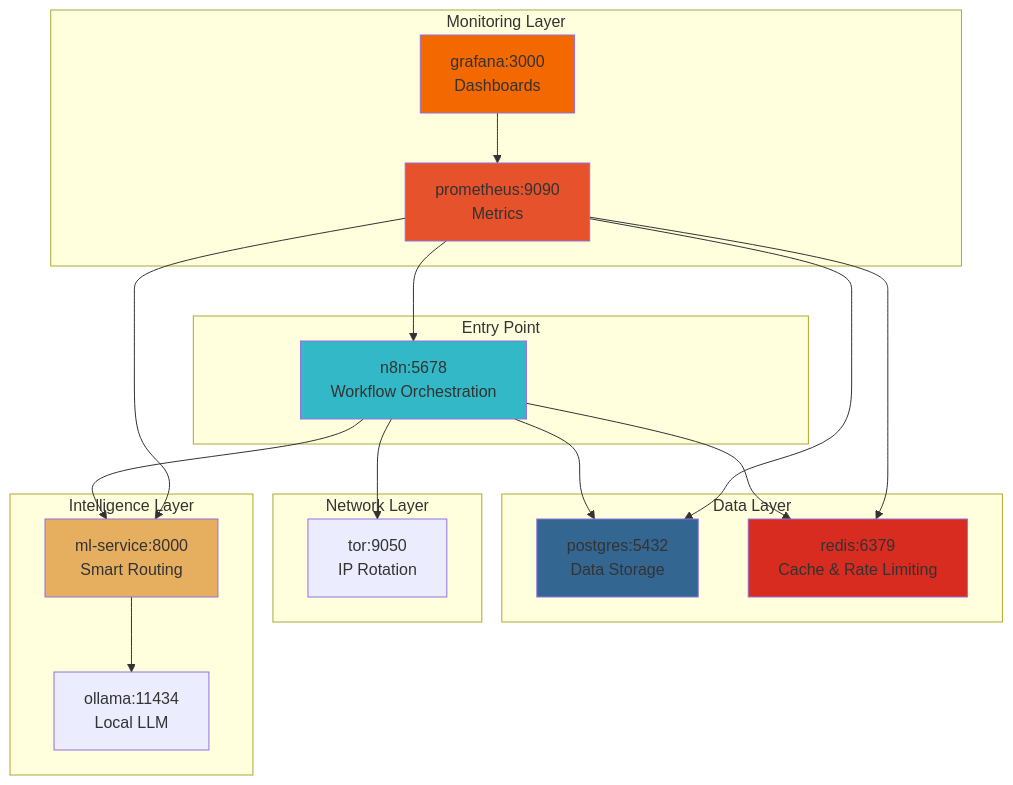
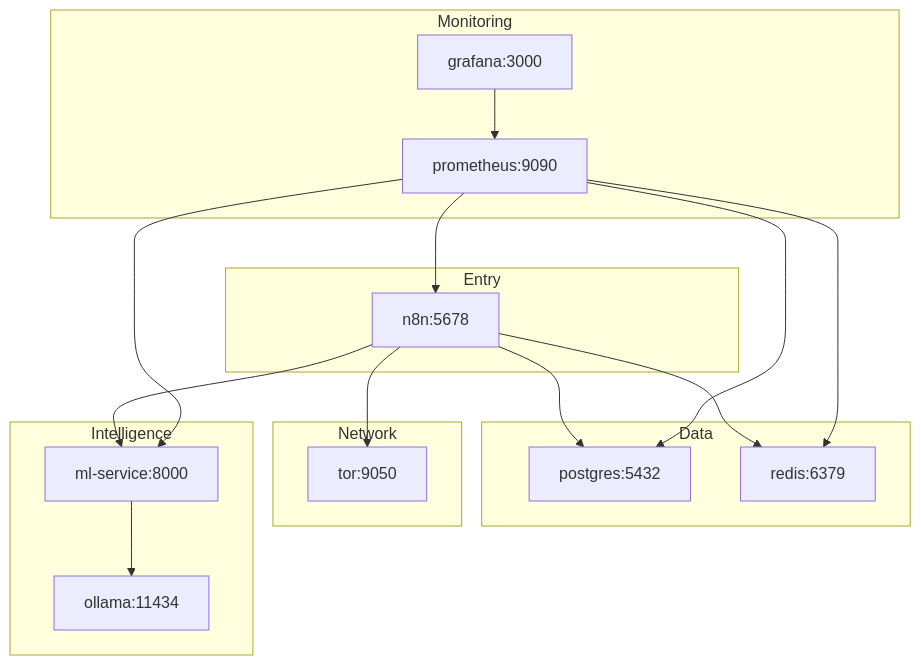
Before and after one commit to KomarovAI/n8n-scraper-docker: the first of 7 diagrams in ARCHITECTURE.md, drawn with Mermaid. The commit also changed other lines of this file, not shown here.

First line of the commit message:
docs: ML-optimized architecture v3.0 - diagrams only, 85% reduction

````diff
--- a/ARCHITECTURE.md
+++ b/ARCHITECTURE.md
@@ -9,43 +9,32 @@
 ```mermaid
 graph TB
-    subgraph "Entry Point"
-        N[n8n:5678<br/>Workflow Orchestration]
+    subgraph "Entry"
+        N[n8n:5678]
     end
-
-    subgraph "Data Layer"
-        P[postgres:5432<br/>Data Storage]
-        R[redis:6379<br/>Cache & Rate Limiting]
+    subgraph "Data"
+        P[postgres:5432]
+        R[redis:6379]
     end
-
-    subgraph "Network Layer"
-        T[tor:9050<br/>IP Rotation]
+    subgraph "Network"
+        T[tor:9050]
     end
-
-    subgraph "Intelligence Layer"
-        M[ml-service:8000<br/>Smart Routing]
-        O[ollama:11434<br/>Local LLM]
+    subgraph "Intelligence"
+        M[ml-service:8000]
+        O[ollama:11434]
     end
-
-    subgraph "Monitoring Layer"
-        PR[prometheus:9090<br/>Metrics]
-        G[grafana:3000<br/>Dashboards]
+    subgraph "Monitoring"
+        PR[prometheus:9090]
+        G[grafana:3000]
     end
 
     N --> P
     N --> R
     N --> T
     N --> M
     M --> O
     PR --> N
     PR --> P
     PR --> R
     PR --> M
     G --> PR
-
-    style N fill:#32b8c6
-    style M fill:#e6af60
-    style P fill:#336791
-    style R fill:#d82c20
-    style PR fill:#e6522c
-    style G fill:#f46800
 ```
````
